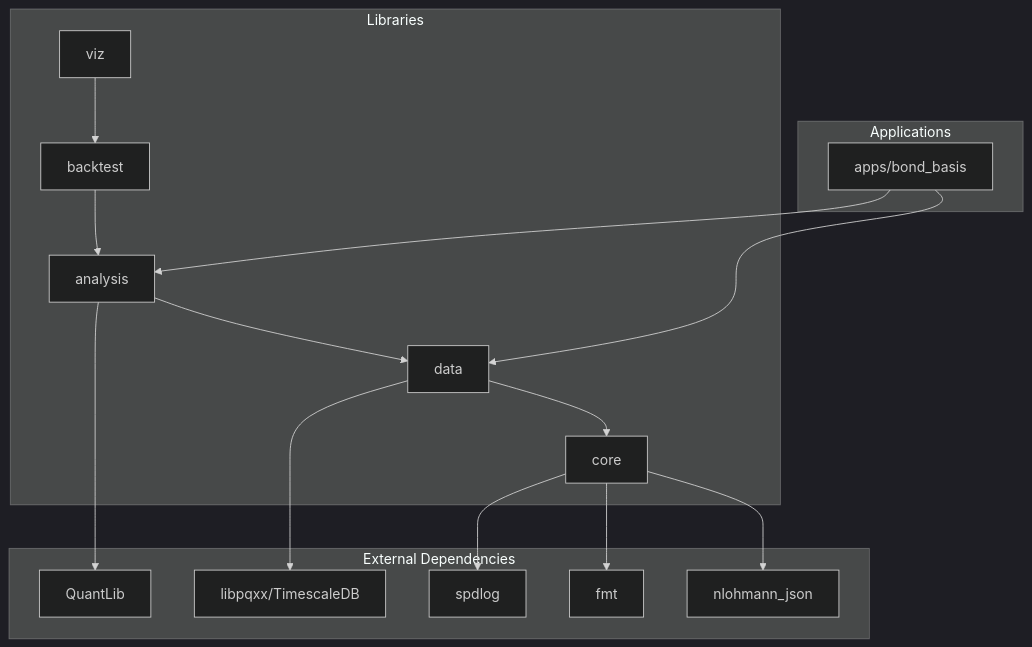
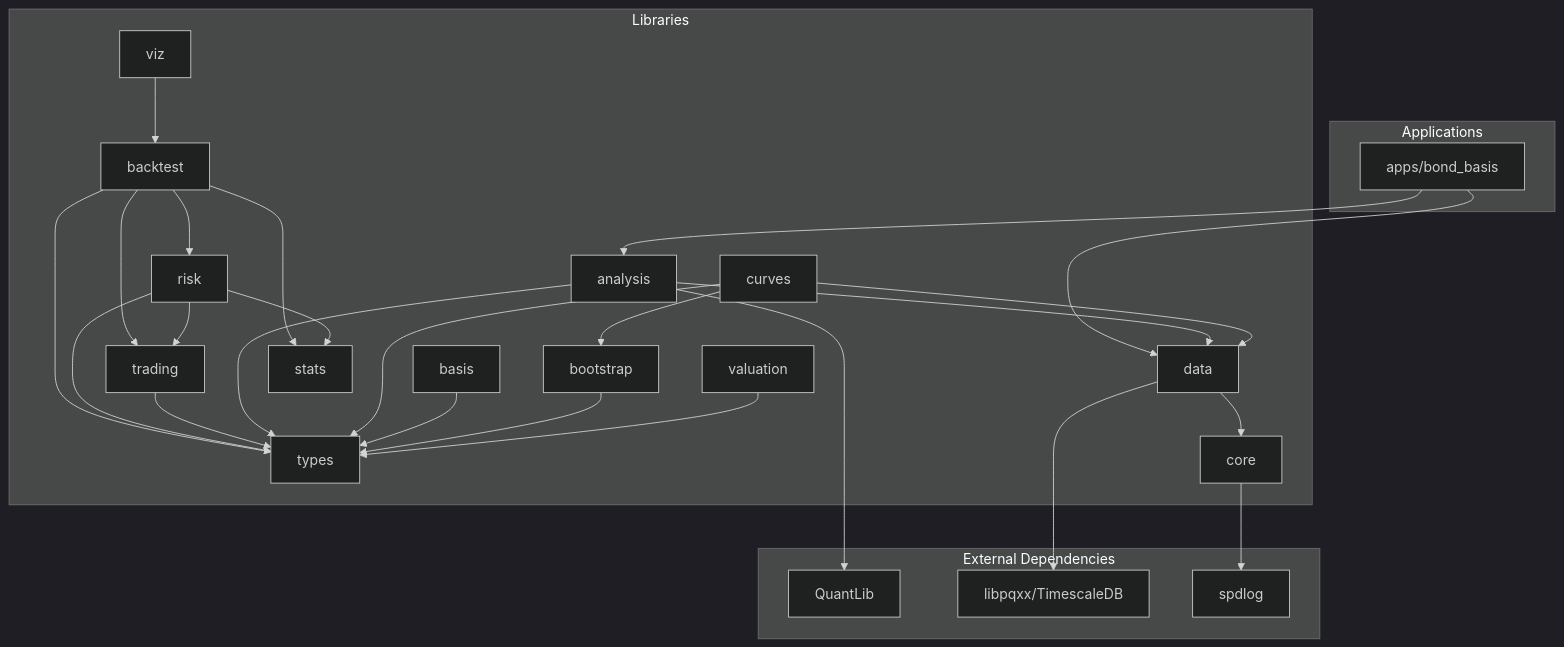
One commit to jlipworth/fin-kit changed the first of 4 diagrams in docs/diagrams/module-overview.md. Above: the diagram before and after it, drawn with Mermaid (dark theme). The commit also changed other lines of this file and 31 other files, not shown here.

````diff
--- a/docs/diagrams/module-overview.md
+++ b/docs/diagrams/module-overview.md
@@ -5,36 +5,53 @@
 ```mermaid
 graph TD
     subgraph "Applications"
         A[apps/bond_basis]
     end
 
     subgraph "Libraries"
         V[viz]
         B[backtest]
         AN[analysis]
+        CU[curves]
+        BS[basis]
+        BT[bootstrap]
+        VAL[valuation]
+        R[risk]
+        TR[trading]
+        ST[stats]
         D[data]
+        T[types]
         C[core]
     end
 
     subgraph "External Dependencies"
         QL[QuantLib]
         PQ[libpqxx/TimescaleDB]
         SPD[spdlog]
-        FMT[fmt]
-        JSON[nlohmann_json]
     end
 
     A --> AN
     A --> D
 
     V --> B
-    B --> AN
+    B --> TR
+    B --> R
+    B --> ST
+    B --> T
+    R --> TR
+    R --> ST
+    R --> T
+    TR --> T
     AN --> D
+    AN --> T
     AN --> QL
+    CU --> D
+    CU --> BT
+    CU --> T
+    BS --> T
+    BT --> T
+    VAL --> T
     D --> C
     D --> PQ
-
     C --> SPD
-    C --> FMT
-    C --> JSON
 ```
````
